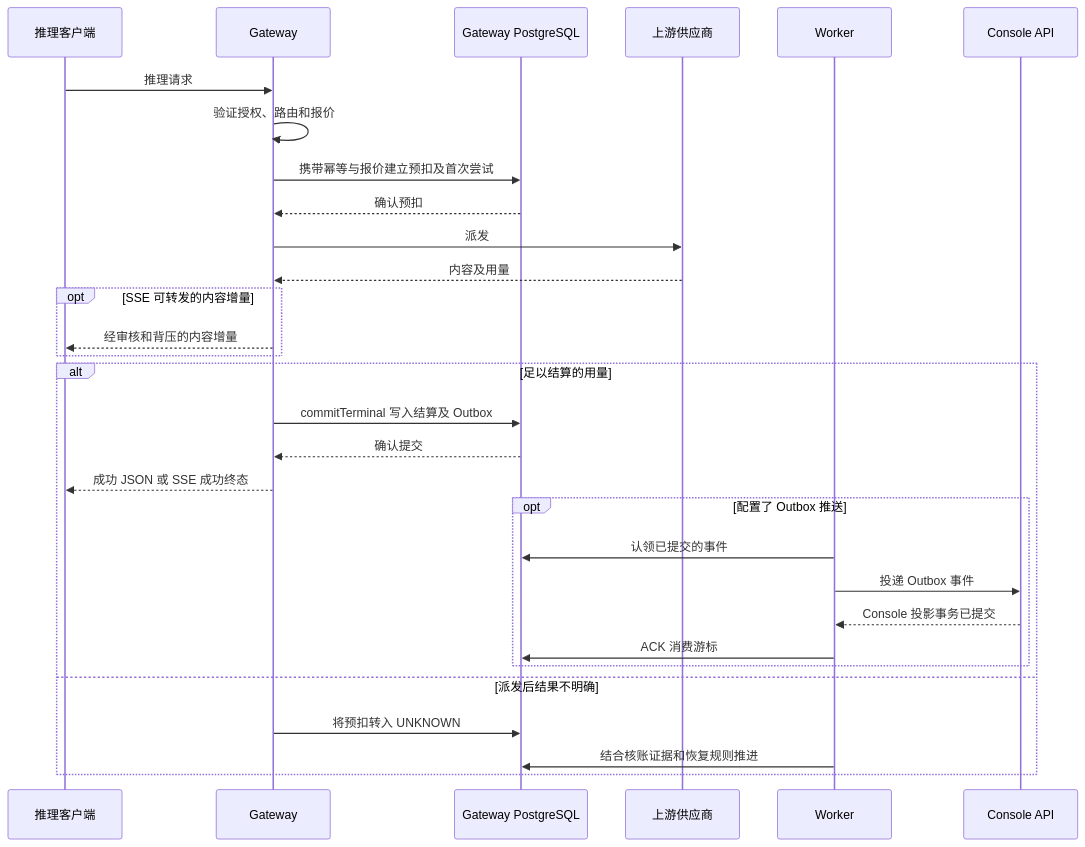
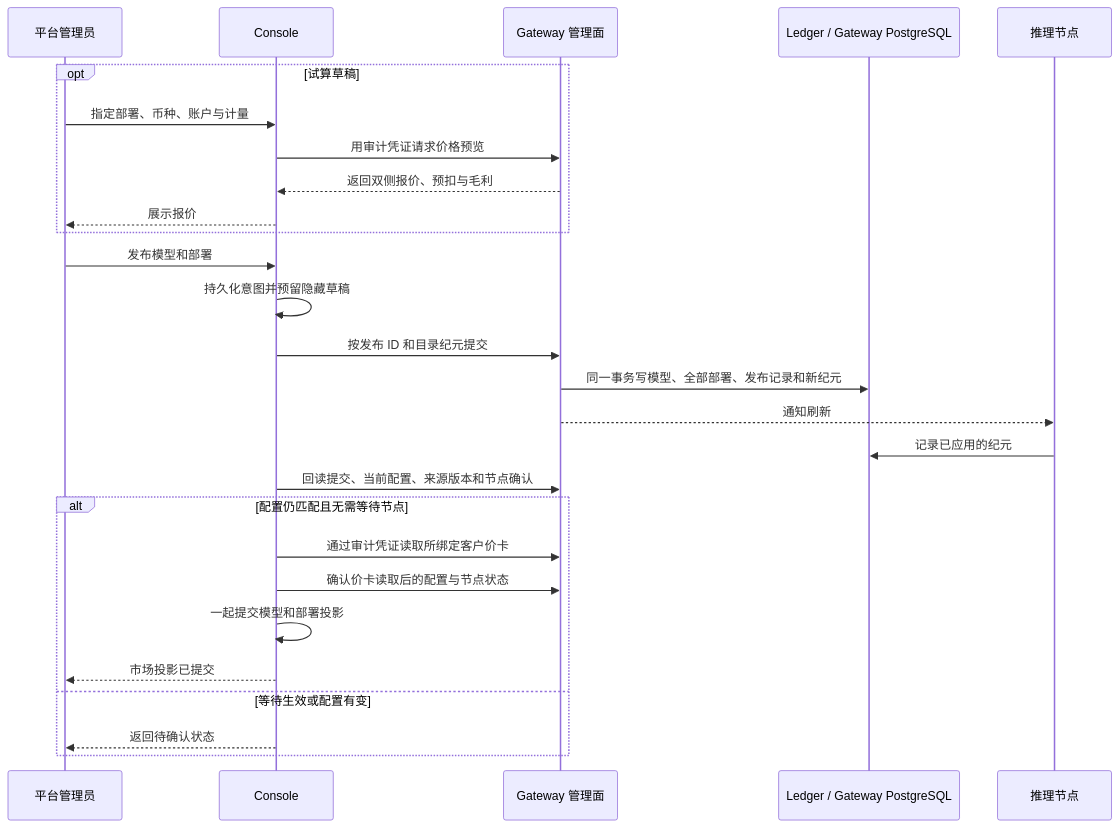
One commit to renxqoo/super-token-gateway changed the seventh of 13 diagrams in diagrams.md. Above: the diagram before and after it, drawn with Mermaid. The commit also changed other lines of this file and 95 other files, not shown here.

````diff
--- a/diagrams.md
+++ b/diagrams.md
@@ -26,32 +264,30 @@
 ```mermaid
 sequenceDiagram
-  participant C as 推理客户端
-  participant G as Gateway
-  participant P as Gateway PostgreSQL
-  participant U as 上游供应商
-  participant W as Worker
-  participant B as Console API
-  C->>G: 推理请求
-  G->>G: 验证授权、路由和报价
-  G->>P: 携带幂等与报价建立预扣及首次尝试
-  P-->>G: 确认预扣
-  G->>U: 派发
-  U-->>G: 内容及用量
-  opt SSE 可转发的内容增量
-    G-->>C: 经审核和背压的内容增量
-  end
-  alt 足以结算的用量
-    G->>P: commitTerminal 写入结算及 Outbox
-    P-->>G: 确认提交
-    G-->>C: 成功 JSON 或 SSE 成功终态
-    opt 配置了 Outbox 推送
-      W->>P: 认领已提交的事件
-      W->>B: 投递 Outbox 事件
-      B-->>W: Console 投影事务已提交
-      W->>P: ACK 消费游标
+    participant A as 平台管理员
+    participant C as Console
+    participant G as Gateway 管理面
+    participant L as Ledger / Gateway PostgreSQL
+    participant N as 推理节点
+
+    opt 试算草稿
+        A->>C: 指定部署、币种、账户与计量
+        C->>G: 用审计凭证请求价格预览
+        G-->>C: 返回双侧报价、预扣与毛利
+        C-->>A: 展示报价
     end
-  else 派发后结果不明确
-    G->>P: 将预扣转入 UNKNOWN
-    W->>P: 结合核账证据和恢复规则推进
-  end
+    A->>C: 发布模型和部署
+    C->>C: 持久化意图并预留隐藏草稿
+    C->>G: 按发布 ID 和目录纪元提交
+    G->>L: 同一事务写模型、全部部署、发布记录和新纪元
+    G-->>N: 通知刷新
+    N->>L: 记录已应用的纪元
+    C->>G: 回读提交、当前配置、来源版本和节点确认
+    alt 配置仍匹配且无需等待节点
+        C->>G: 通过审计凭证读取所绑定客户价卡
+        C->>G: 确认价卡读取后的配置与节点状态
+        C->>C: 一起提交模型和部署投影
+        C-->>A: 市场投影已提交
+    else 等待生效或配置有变
+        C-->>A: 返回待确认状态
+    end
 ```
````
